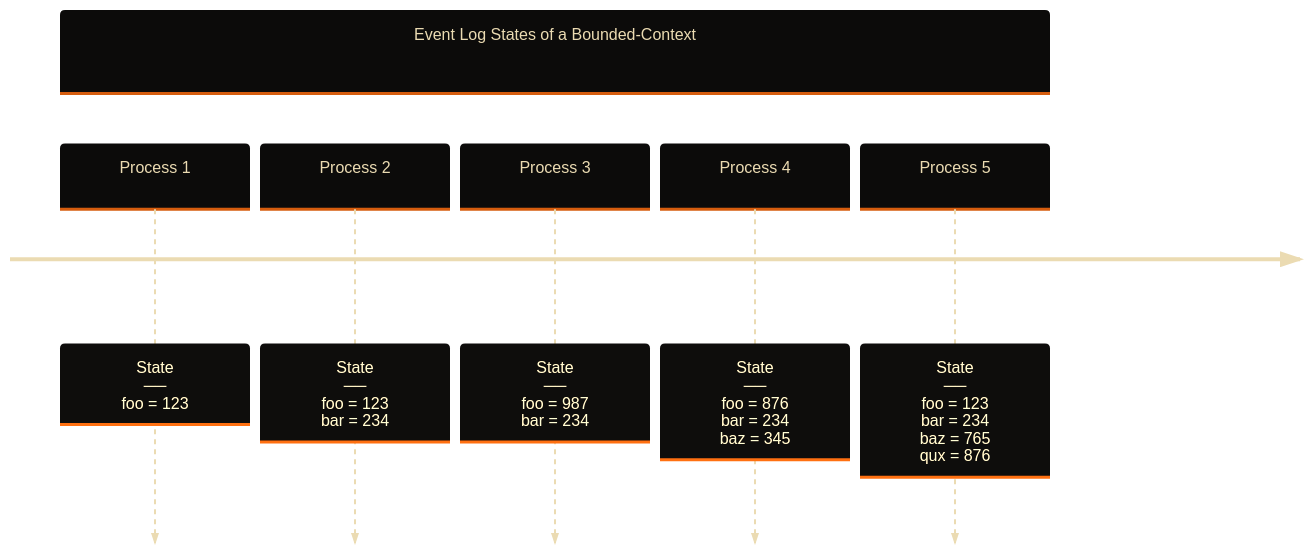
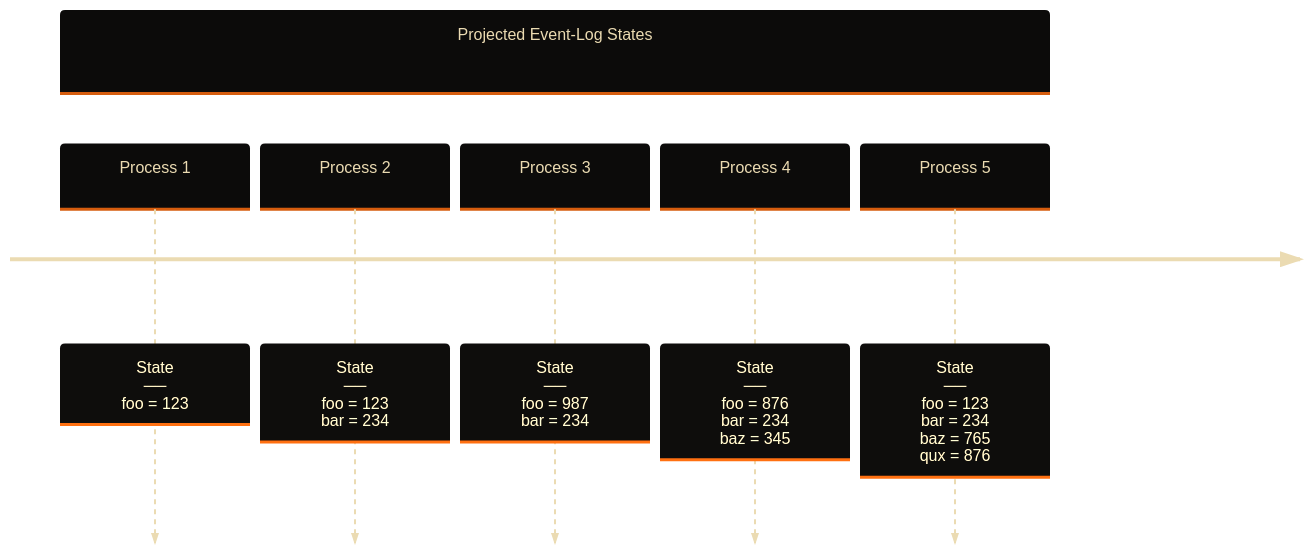
The sixth of 12 diagrams in 2.core-architecture-principles.md (superhero/handbook), drawn with Mermaid before and after one commit. The commit also changed other lines of this file, not shown here.

````diff
--- a/2.core-architecture-principles.md
+++ b/2.core-architecture-principles.md
@@ -614,22 +614,22 @@
 ```mermaid
 ---
 
 config:
     layout: elk
     theme: base
     themeVariables:
         fontFamily: "monospace"
         primaryColor: "#504945"
         primaryTextColor: "#EBDBB2"
         cScaleInv0: '#D65D0E'
 
 ---
 
 timeline
-    section Event Log States of a Bounded-Context
+    section Projected Event-Log States
         Process 1 : State<br>──<br>foo = 123 
         Process 2 : State<br>──<br>foo = 123<br>bar = 234 
         Process 3 : State<br>──<br>foo = 987<br>bar = 234
         Process 4 : State<br>──<br>foo = 876<br>bar = 234<br>baz = 345
         Process 5 : State<br>──<br>foo = 123<br>bar = 234<br>baz = 765<br>qux = 876
 ``` 
````
